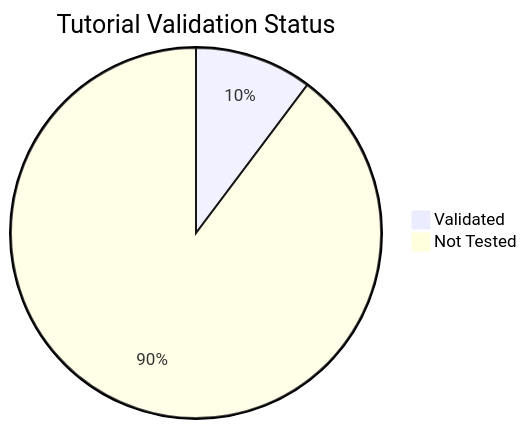
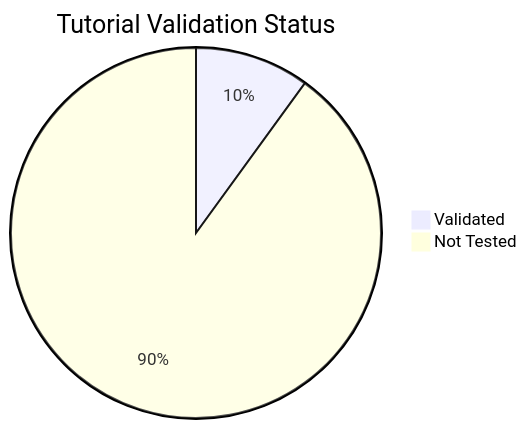
Before and after one commit to yeongseon/azure-container-apps-practical-guide: the diagram in docs/reference/validation-status.md, drawn with Mermaid. The commit also changed other lines of this file and 84 other files, not shown here.

````diff
--- a/docs/reference/validation-status.md
+++ b/docs/reference/validation-status.md
@@ -35,5 +35,5 @@
 ```mermaid
 pie title Tutorial Validation Status
     "Validated" : 8
-    "Not Tested" : 70
+    "Not Tested" : 72
 ```
````
